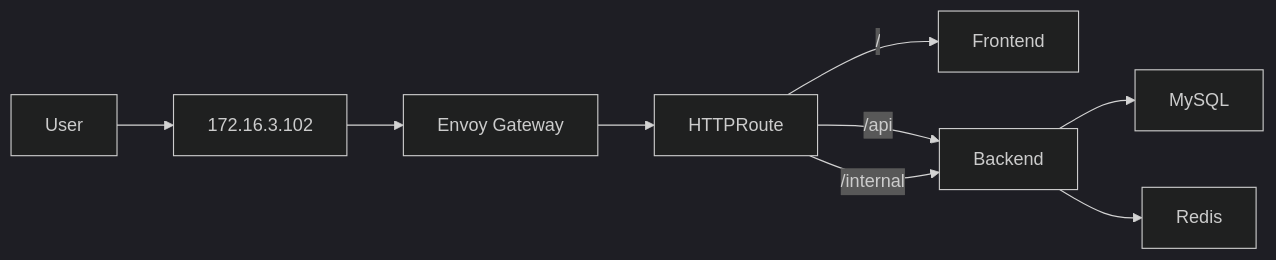
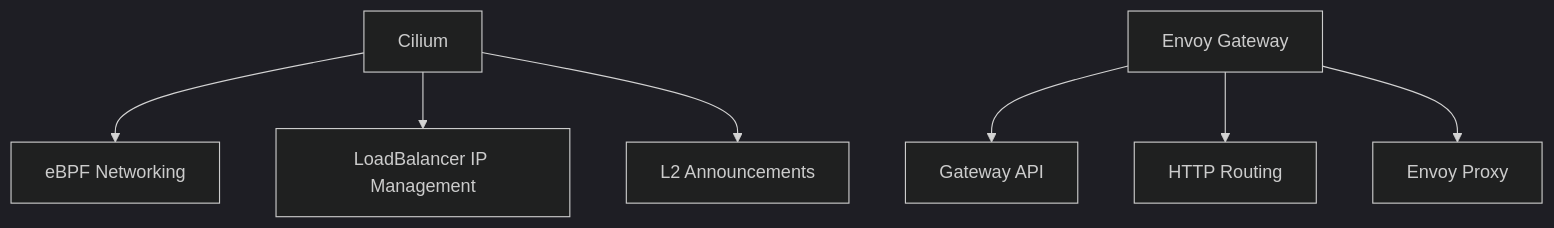
Before and after one commit to ahmed-sayed-devops/microservices-platform-gitops: diagram 13 of 16 in docs/03-gateway-api/README.md, drawn with Mermaid (dark theme). The commit also changed other lines of this file, not shown here.

Commit message:
docs: improve Gateway API diagrams

````diff
--- a/docs/03-gateway-api/README.md
+++ b/docs/03-gateway-api/README.md
@@ -794,20 +671,20 @@
 ```mermaid
-graph LR
-    User[User]
-    VIP[172.16.3.102]
+graph TD
+    Cilium[Cilium]
+    Network[eBPF Networking]
+    LBIPAM[LoadBalancer IP Management]
+    L2[L2 Announcements]
+
     Envoy[Envoy Gateway]
-    Route[HTTPRoute]
-    Frontend[Frontend]
-    Backend[Backend]
-    MySQL[MySQL]
-    Redis[Redis]
+    GatewayAPI[Gateway API]
+    HTTPRouting[HTTP Routing]
+    Proxy[Envoy Proxy]
 
-    User --> VIP
-    VIP --> Envoy
-    Envoy --> Route
-    Route -->|/| Frontend
-    Route -->|/api| Backend
-    Route -->|/internal| Backend
-    Backend --> MySQL
-    Backend --> Redis
+    Cilium --> Network
+    Cilium --> LBIPAM
+    Cilium --> L2
+
+    Envoy --> GatewayAPI
+    Envoy --> HTTPRouting
+    Envoy --> Proxy
 ```
````
